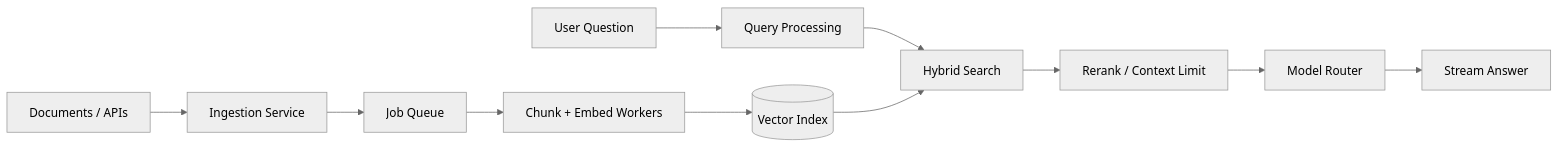
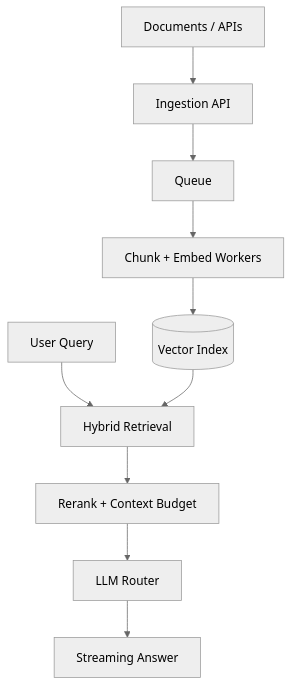
The first of 3 diagrams in README.md (flutter-create-ani/flutter-create-ani), drawn with Mermaid (neutral theme) before and after one commit. The commit also changed other lines of this file, not shown here.

````diff
--- a/README.md
+++ b/README.md
@@ -176,13 +128,12 @@
 ```mermaid
-flowchart LR
-  A[Documents / APIs] --> B[Ingestion Service]
-  B --> C[Job Queue]
+flowchart TB
+  A[Documents / APIs] --> B[Ingestion API]
+  B --> C[Queue]
   C --> D[Chunk + Embed Workers]
   D --> E[(Vector Index)]
-  F[User Question] --> G[Query Processing]
-  G --> H[Hybrid Search]
-  E --> H
-  H --> I[Rerank / Context Limit]
-  I --> J[Model Router]
-  J --> K[Stream Answer]
+  F[User Query] --> G[Hybrid Retrieval]
+  E --> G
+  G --> H[Rerank + Context Budget]
+  H --> I[LLM Router]
+  I --> J[Streaming Answer]
 ```
````
